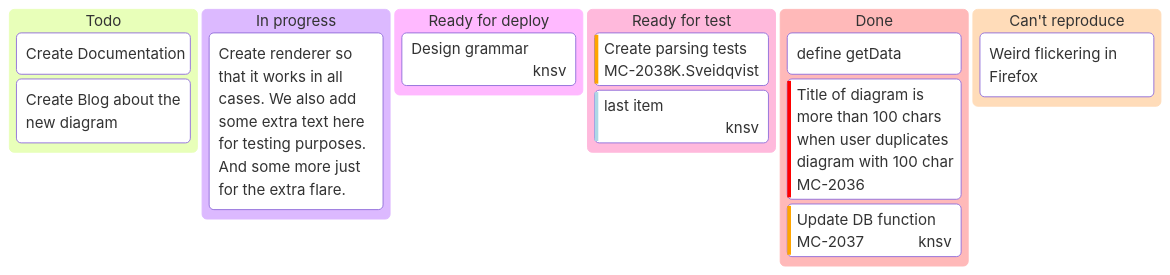
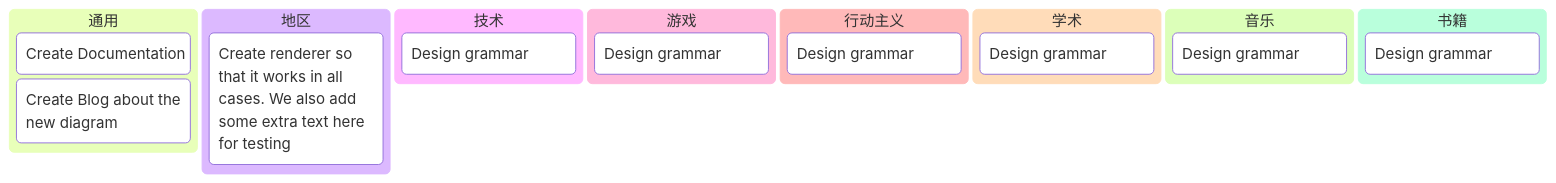
The diagram in src/site/notes/Area/知识卡片.md (ilikui/digitalgarden), drawn with Mermaid before and after one commit.

````diff
--- a/src/site/notes/Area/知识卡片.md
+++ b/src/site/notes/Area/知识卡片.md
@@ -6,21 +6,21 @@
 ```mermaid
 kanban
-  Todo
+  [通用]
     [Create Documentation]
-    docs[Create Blog about the new diagram]
-  [In progress]
-    id6[Create renderer so that it works in all cases. We also add some extra text here for testing purposes. And some more just for the extra flare.]
-  id9[Ready for deploy]
-    id8[Design grammar]@{ assigned: 'knsv' }
-  id10[Ready for test]
-    id4[Create parsing tests]@{ ticket: MC-2038, assigned: 'K.Sveidqvist', priority: 'High' }
-    id66[last item]@{ priority: 'Very Low', assigned: 'knsv' }
-  id11[Done]
-    id5[define getData]
-    id2[Title of diagram is more than 100 chars when user duplicates diagram with 100 char]@{ ticket: MC-2036, priority: 'Very High'}
-    id3[Update DB function]@{ ticket: MC-2037, assigned: knsv, priority: 'High' }
-
-  id12[Can't reproduce]
-    id3[Weird flickering in Firefox]
+    [Create Blog about the new diagram]
+  [地区]
+    [Create renderer so that it works in all cases. We also add some extra text here for testing]
+  [技术]
+    [Design grammar]
+  [游戏]
+    [Design grammar]
+  [行动主义]
+    [Design grammar]
+  [学术]
+    [Design grammar]
+  [音乐]
+    [Design grammar]
+  [书籍]
+    [Design grammar]
 
 ```
````
